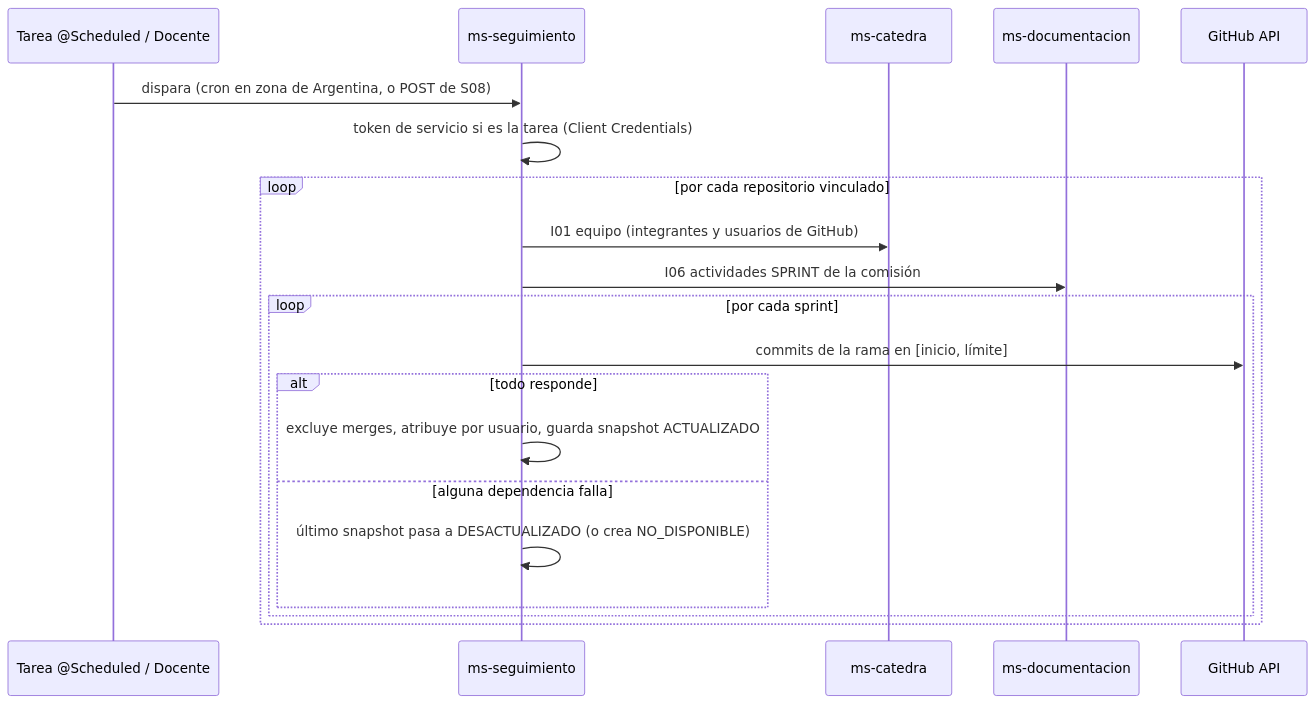
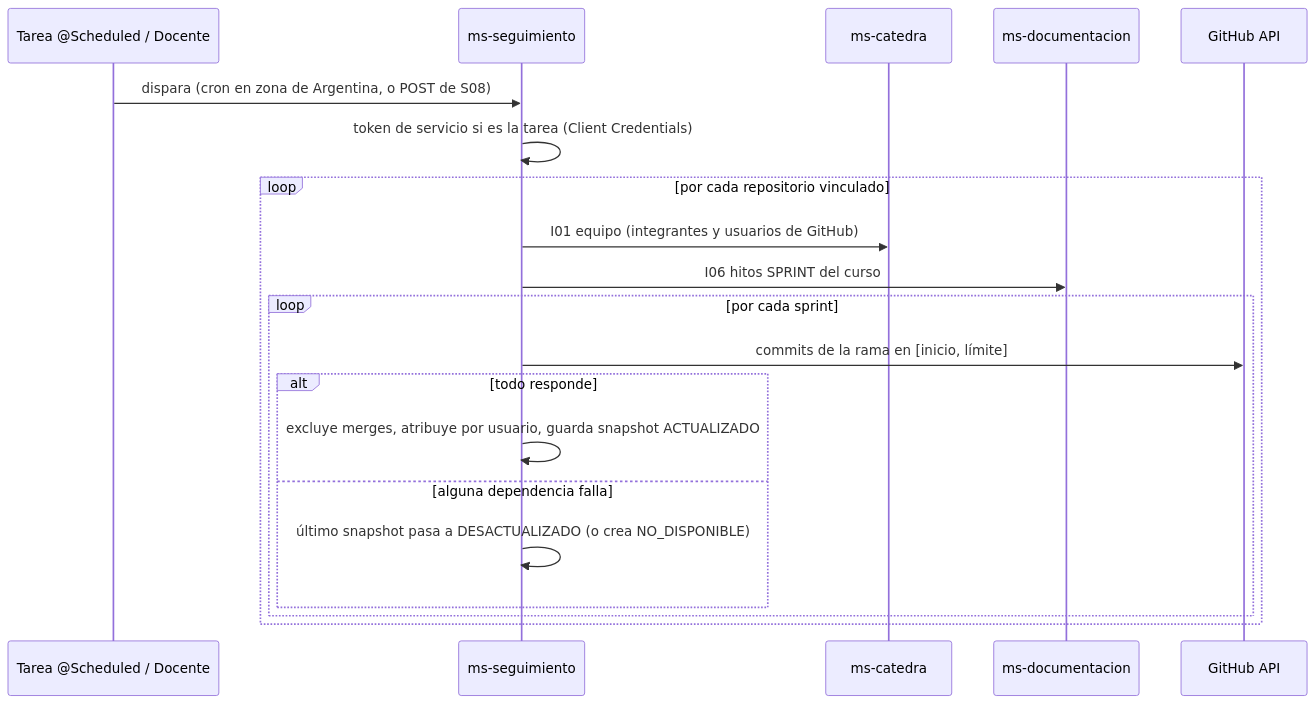
One commit to nicovillacorta12/atenas changed the fourth of 4 diagrams in docs/09-flujos.md. Above: the diagram before and after it, drawn with Mermaid. The commit also changed other lines of this file and 18 other files, not shown here.

````diff
--- a/docs/09-flujos.md
+++ b/docs/09-flujos.md
@@ -83,22 +83,22 @@
 ```mermaid
 sequenceDiagram
     participant T as Tarea @Scheduled / Docente
     participant SEG as ms-seguimiento
     participant CAT as ms-catedra
     participant DOC as ms-documentacion
     participant GH as GitHub API
     T->>SEG: dispara (cron en zona de Argentina, o POST de S08)
     SEG->>SEG: token de servicio si es la tarea (Client Credentials)
     loop por cada repositorio vinculado
         SEG->>CAT: I01 equipo (integrantes y usuarios de GitHub)
-        SEG->>DOC: I06 actividades SPRINT de la comisión
+        SEG->>DOC: I06 hitos SPRINT del curso
         loop por cada sprint
             SEG->>GH: commits de la rama en [inicio, límite]
             alt todo responde
                 SEG->>SEG: excluye merges, atribuye por usuario, guarda snapshot ACTUALIZADO
             else alguna dependencia falla
                 SEG->>SEG: último snapshot pasa a DESACTUALIZADO (o crea NO_DISPONIBLE)
             end
         end
     end
 ```
````
